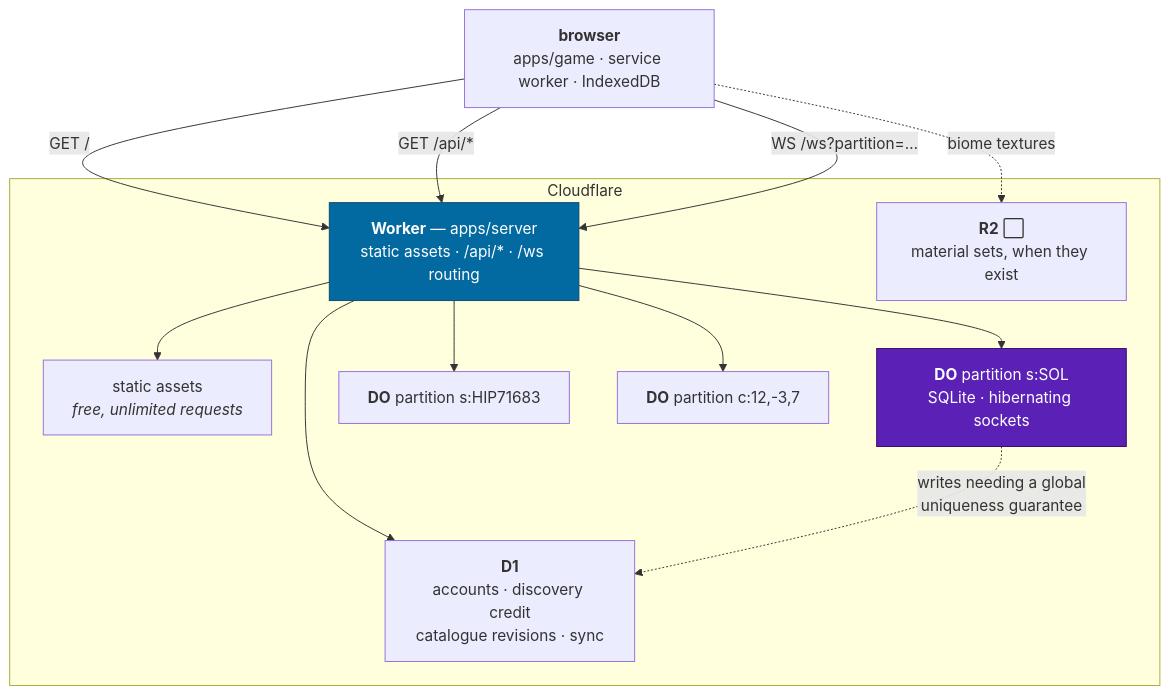
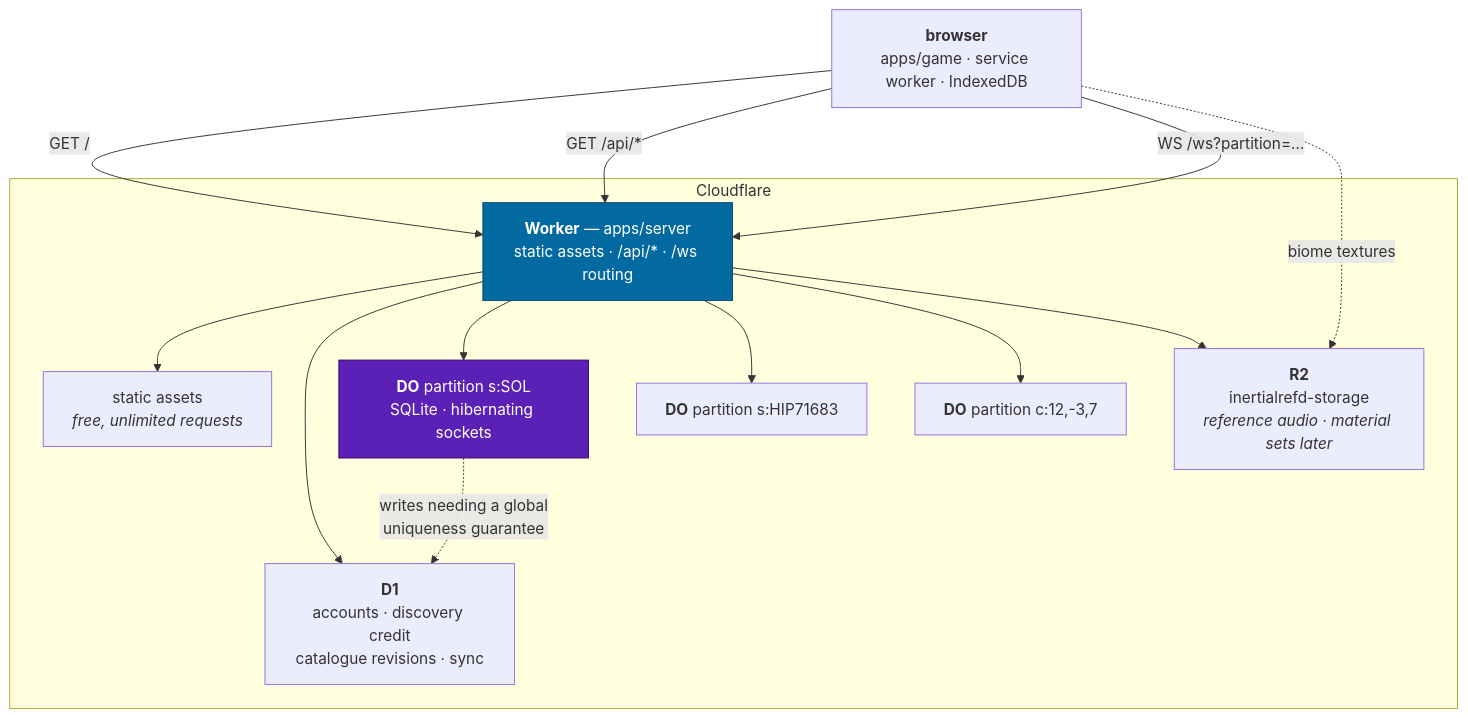
Before and after one commit to jonjaques/inertialref: the second of 2 diagrams in docs/hosting.md, drawn with Mermaid. The commit also changed other lines of this file and 54 other files, not shown here.

````diff
--- a/docs/hosting.md
+++ b/docs/hosting.md
@@ -62,28 +63,29 @@
 ```mermaid
 flowchart TB
     B["<b>browser</b><br/>apps/game · service worker · IndexedDB"]
 
     subgraph CF["Cloudflare"]
         W["<b>Worker</b> — apps/server<br/>static assets · /api/* · /ws routing"]
         A["static assets<br/><i>free, unlimited requests</i>"]
         DO1["<b>DO</b> partition s:SOL<br/>SQLite · hibernating sockets"]
         DO2["<b>DO</b> partition s:HIP71683"]
         DO3["<b>DO</b> partition c:12,-3,7"]
         D1["<b>D1</b><br/>accounts · discovery credit<br/>catalogue revisions · sync"]
-        R2["<b>R2</b> ⬜<br/>material sets, when they exist"]
+        R2["<b>R2</b><br/>inertialrefd-storage<br/><i>reference audio · material sets later</i>"]
     end
 
     B -->|"GET /"| W
     B -->|"GET /api/*"| W
     B -->|"WS /ws?partition=…"| W
     W --> A
     W --> D1
     W --> DO1
     W --> DO2
     W --> DO3
     DO1 -.->|"writes needing a global<br/>uniqueness guarantee"| D1
+    W --> R2
     B -.->|"biome textures"| R2
 
     style W fill:#0369a1,stroke:#0c4a6e,color:#fff
     style DO1 fill:#5b21b6,stroke:#3b0764,color:#fff
 ```
````
